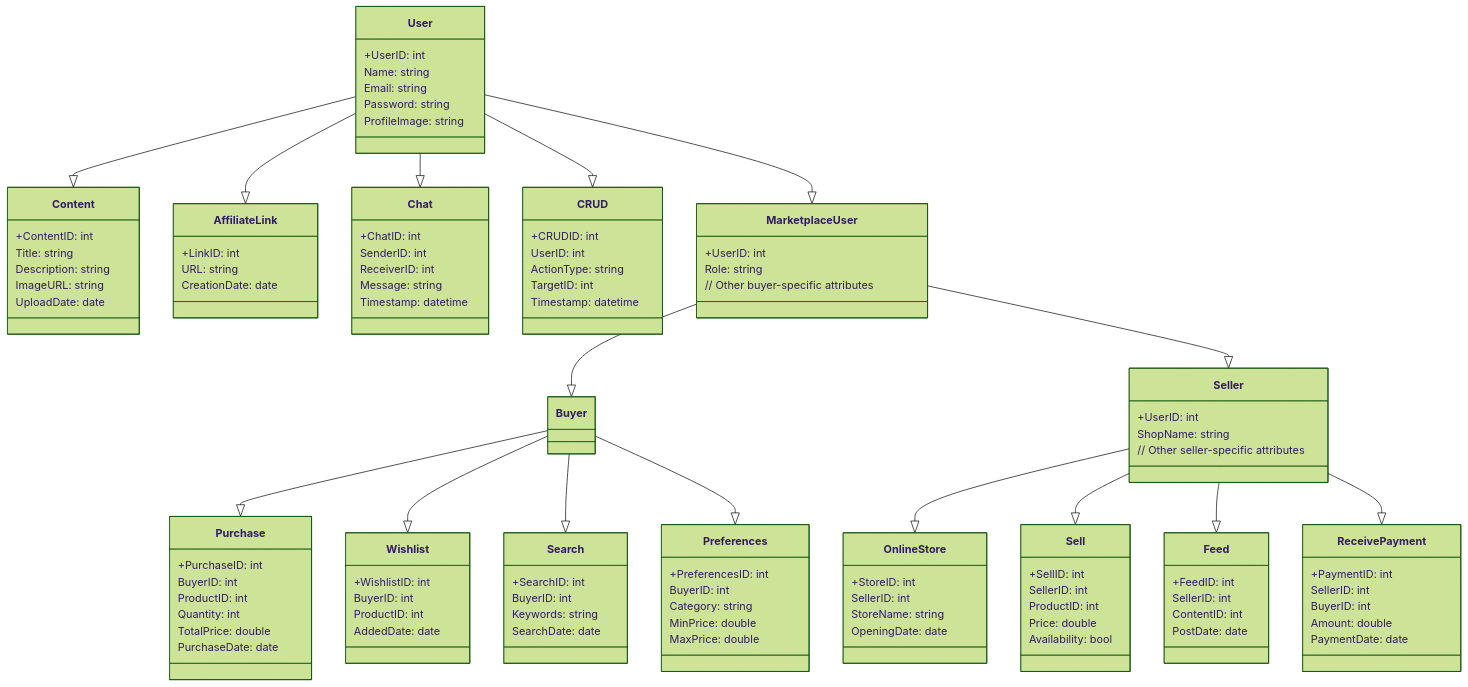
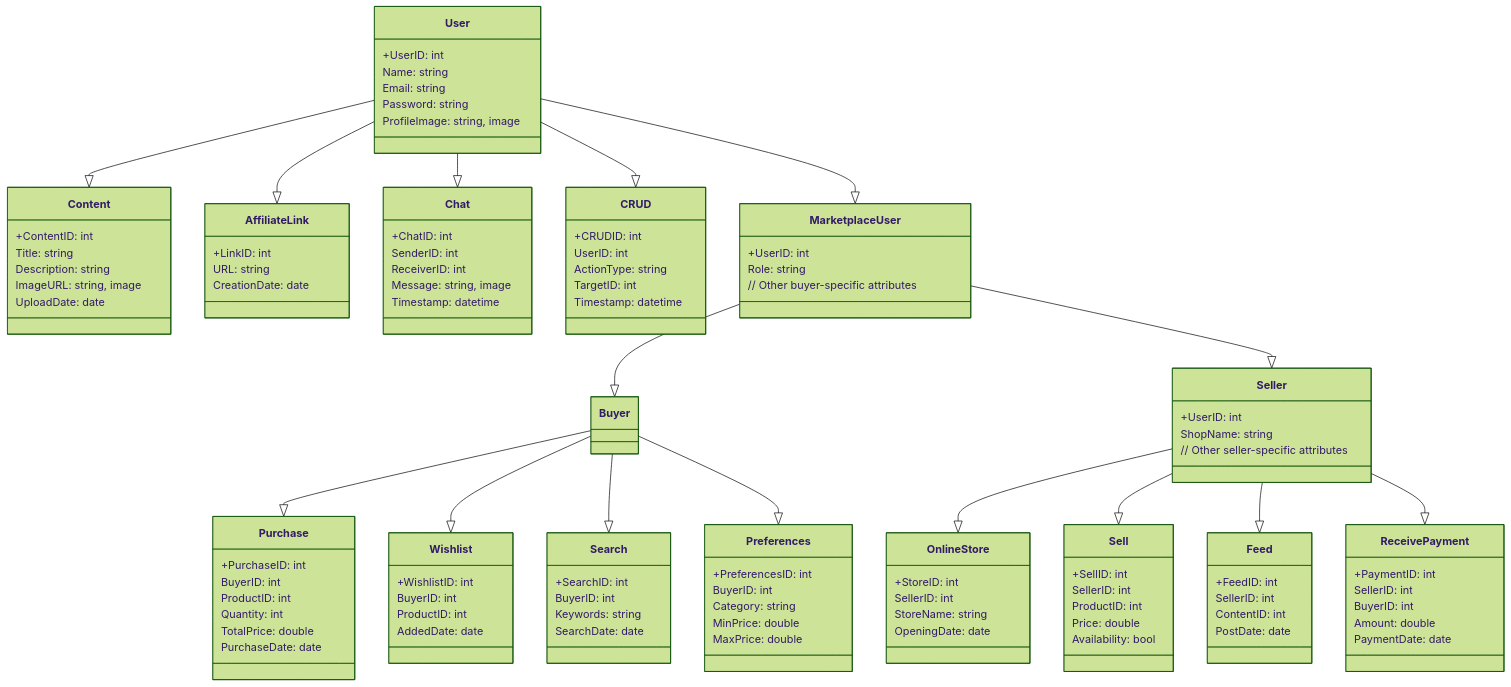
One commit to Fatihmaull/lokalii changed the first of 2 diagrams in job-interview.md. Above: the diagram before and after it, drawn with Mermaid (forest theme).

```diff
--- a/job-interview.md
+++ b/job-interview.md
@@ -84,14 +84,14 @@
     Name: string
     Email: string
     Password: string
-    ProfileImage: string
+    ProfileImage: string, image
   }
 
   class Content {
     +ContentID: int
     Title: string
     Description: string
-    ImageURL: string
+    ImageURL: string, image
     UploadDate: date
   }
 
@@ -105,7 +105,7 @@
     +ChatID: int
     SenderID: int
     ReceiverID: int
-    Message: string
+    Message: string, image
     Timestamp: datetime
   }
 
```
